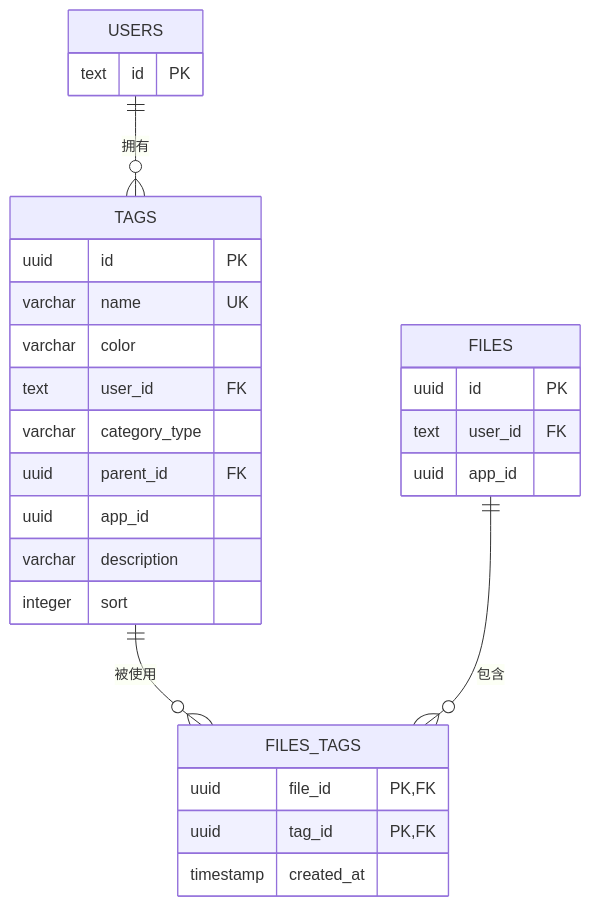
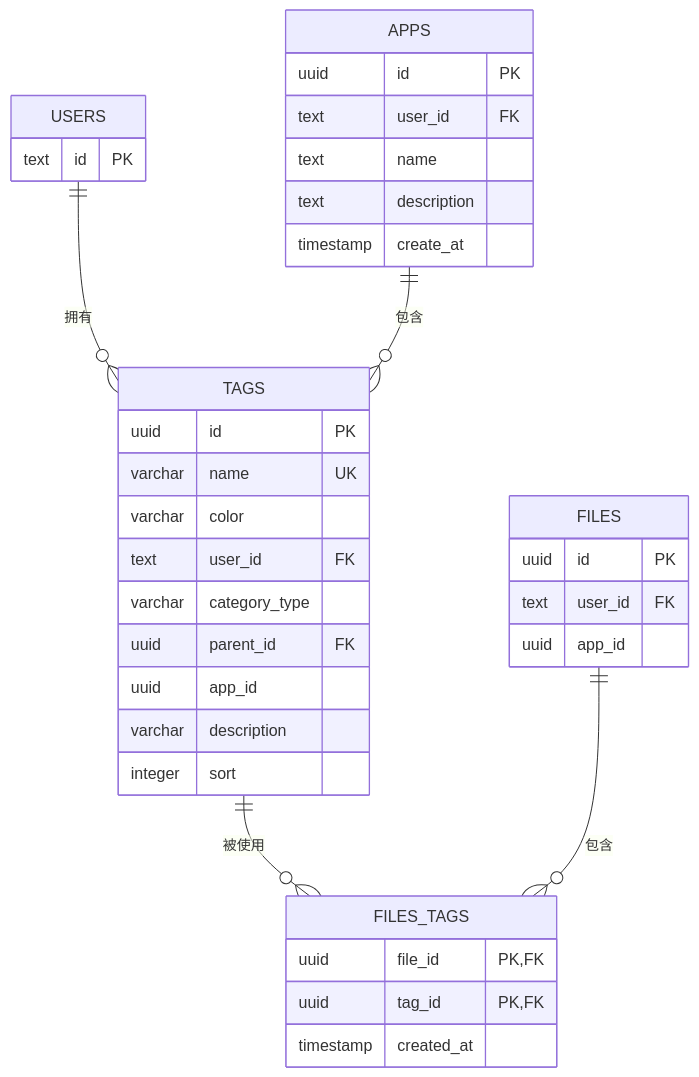
One commit to RadiumAg/image-saas changed the third of 9 diagrams in .qoder/repowiki/zh/content/核心功能模块/标签管理系统.md. Above: the diagram before and after it, drawn with Mermaid. The commit also changed other lines of this file and 6 other files, not shown here.

````diff
--- a/.qoder/repowiki/zh/content/核心功能模块/标签管理系统.md
+++ b/.qoder/repowiki/zh/content/核心功能模块/标签管理系统.md
@@ -139,30 +166,38 @@
 ```mermaid
 erDiagram
 TAGS {
 uuid id PK
 varchar name UK
 varchar color
 text user_id FK
 varchar category_type
 uuid parent_id FK
 uuid app_id
 varchar description
 integer sort
 }
 FILES_TAGS {
 uuid file_id PK,FK
 uuid tag_id PK,FK
 timestamp created_at
 }
 USERS {
 text id PK
 }
 FILES {
 uuid id PK
 text user_id FK
 uuid app_id
 }
+APPS {
+uuid id PK
+text user_id FK
+text name
+text description
+timestamp create_at
+}
 USERS ||--o{ TAGS : "拥有"
 TAGS ||--o{ FILES_TAGS : "被使用"
 FILES ||--o{ FILES_TAGS : "包含"
+APPS ||--o{ TAGS : "包含"
 ```
````
